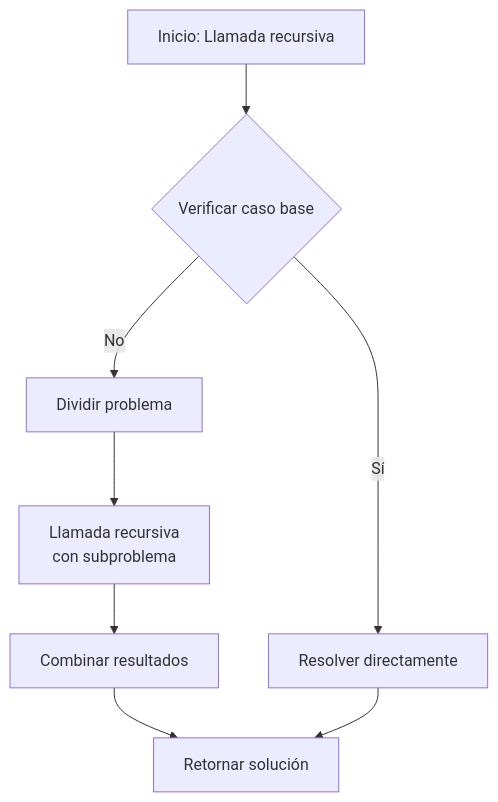
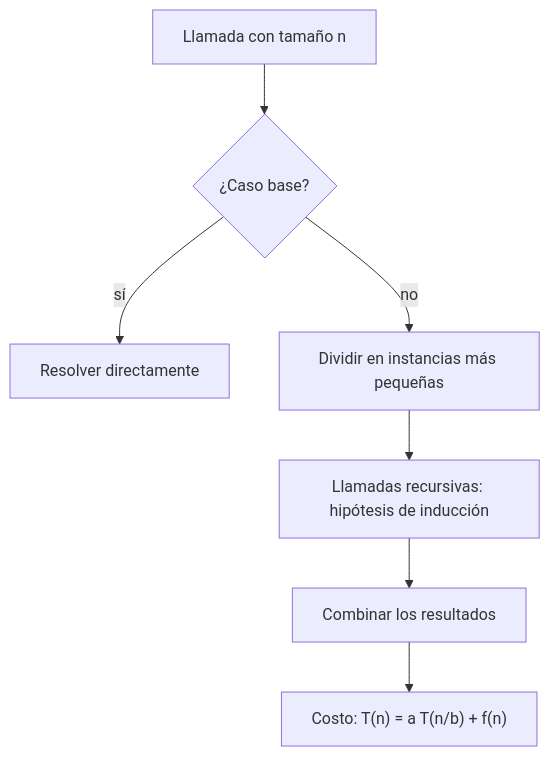
The diagram in public/documents/semester-5/1/5123.md (djaimej/computer-science-template), drawn with Mermaid before and after one commit. The commit also changed other lines of this file and 3 other files, not shown here.

````diff
--- a/public/documents/semester-5/1/5123.md
+++ b/public/documents/semester-5/1/5123.md
@@ -232,10 +59,9 @@
 ```mermaid
 flowchart TD
-    A[Inicio: Llamada recursiva] --> B{Verificar caso base}
-    B -- Sí --> C[Resolver directamente]
-    B -- No --> D[Dividir problema]
-    D --> E[Llamada recursiva<br>con subproblema]
-    E --> F[Combinar resultados]
-    F --> G[Retornar solución]
-    C --> G
+    A["Llamada con tamaño n"] --> B{"¿Caso base?"}
+    B --> |"sí"| C["Resolver directamente"]
+    B --> |"no"| D["Dividir en instancias más pequeñas"]
+    D --> E["Llamadas recursivas: hipótesis de inducción"]
+    E --> F["Combinar los resultados"]
+    F --> G["Costo: T(n) = a T(n/b) + f(n)"]
 ```
````
